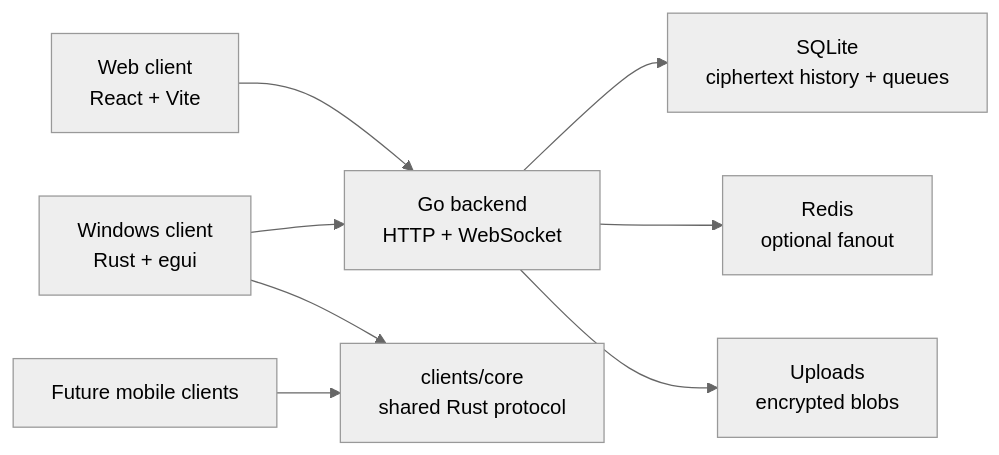
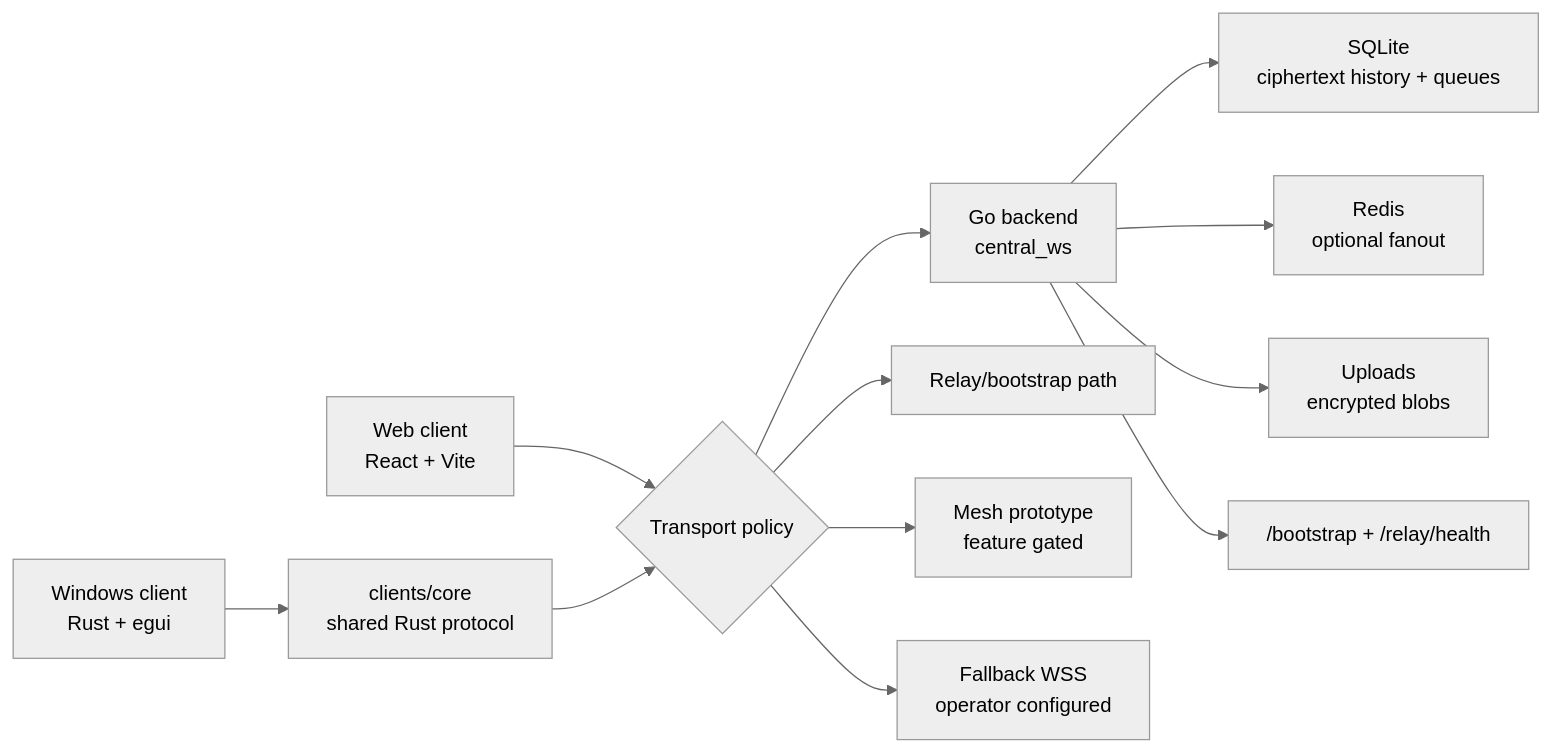
One commit to kristexIO/messk changed the diagram in README.md. Above: the diagram before and after it, drawn with Mermaid (neutral theme). The commit also changed other lines of this file and 2 other files, not shown here.

````diff
--- a/README.md
+++ b/README.md
@@ -46,10 +62,14 @@
 ```mermaid
 flowchart LR
-    W["Web client<br/>React + Vite"] --> B["Go backend<br/>HTTP + WebSocket"]
-    N["Windows client<br/>Rust + egui"] --> B
-    N --> C["clients/core<br/>shared Rust protocol"]
-    M["Future mobile clients"] --> C
+    W["Web client<br/>React + Vite"] --> P{"Transport policy"}
+    N["Windows client<br/>Rust + egui"] --> C["clients/core<br/>shared Rust protocol"]
+    C --> P
+    P --> B["Go backend<br/>central_ws"]
+    P --> RY["Relay/bootstrap path"]
+    P --> MP["Mesh prototype<br/>feature gated"]
+    P --> FW["Fallback WSS<br/>operator configured"]
     B --> D["SQLite<br/>ciphertext history + queues"]
     B --> R["Redis<br/>optional fanout"]
     B --> U["Uploads<br/>encrypted blobs"]
+    B --> BO["/bootstrap + /relay/health"]
 ```
````
